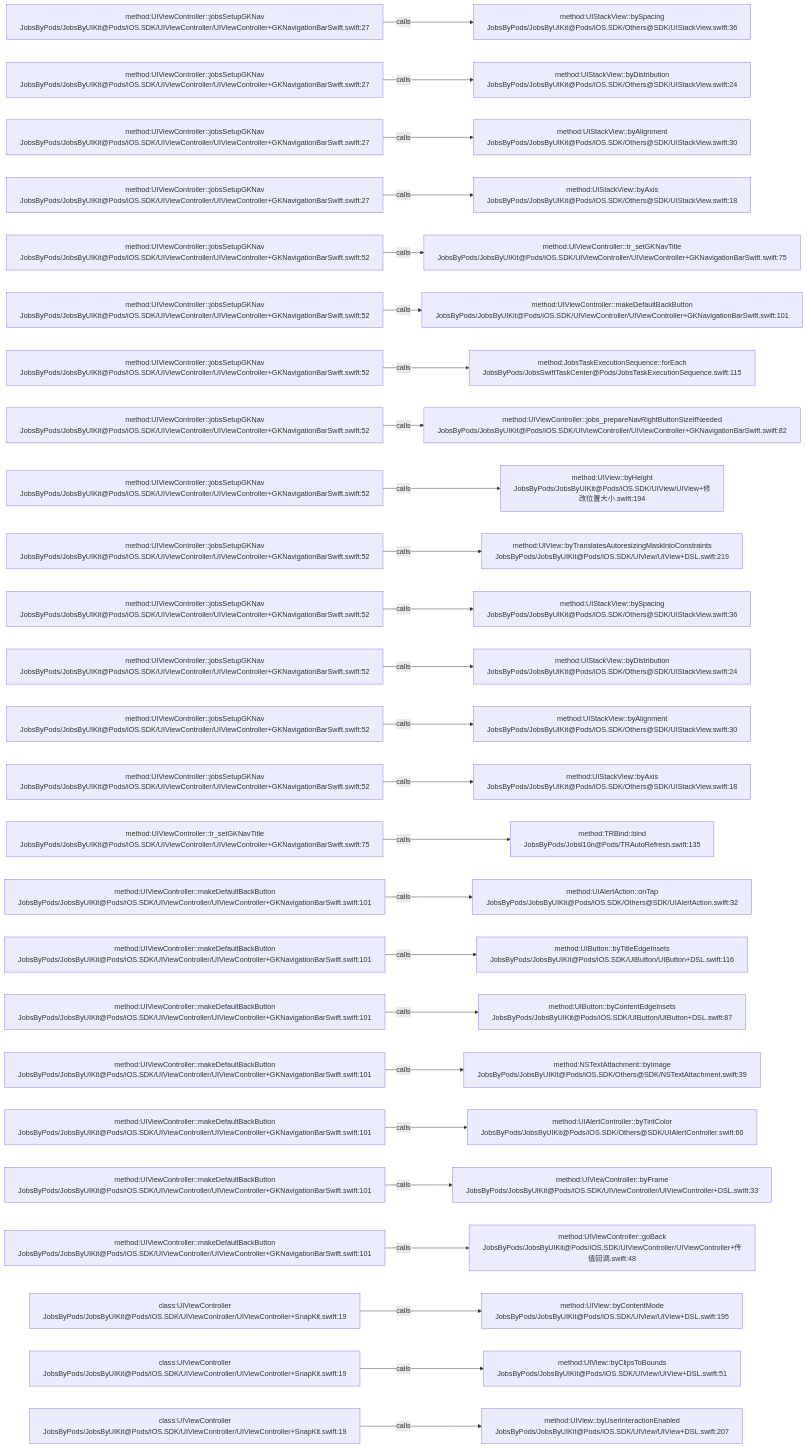
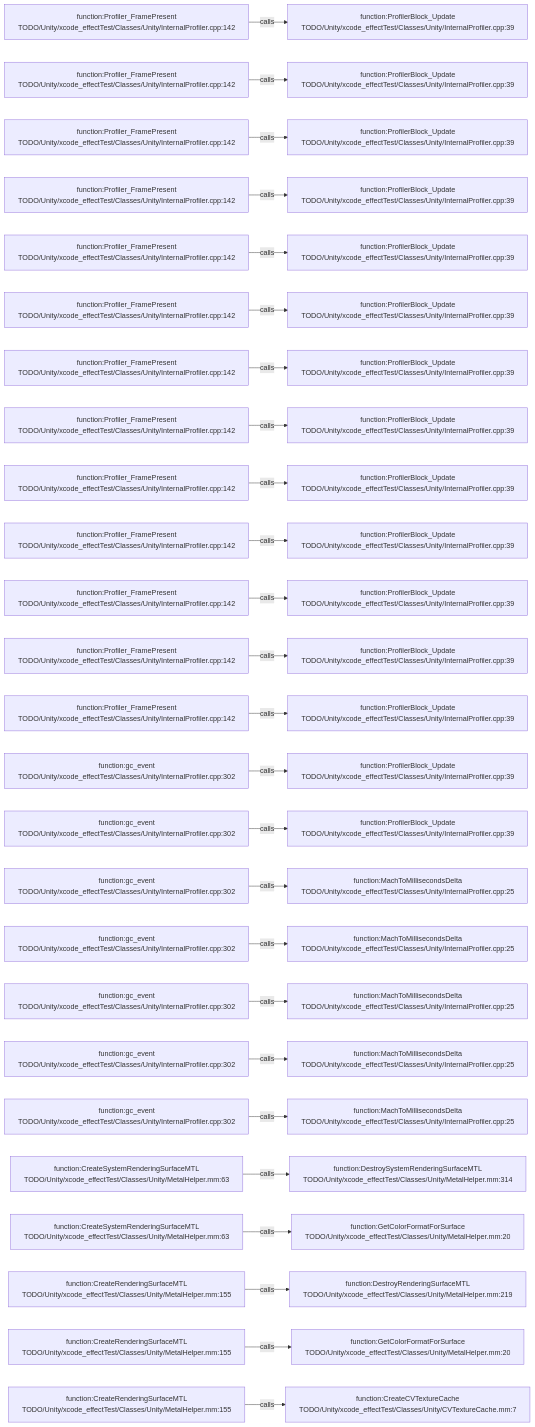
The diagram in .codegraph/codegraph.md/graphs/calls-108.md (JobsKits/JobsSwiftBaseConfigDemo), drawn with Mermaid before and after one commit. The commit also changed 569 other files, not shown here.

````diff
--- a/.codegraph/codegraph.md/graphs/calls-108.md
+++ b/.codegraph/codegraph.md/graphs/calls-108.md
@@ -13,78 +13,78 @@
 ```mermaid
 flowchart LR
-  S1["method:UIViewController::jobsSetupGKNav<br/>JobsByPods/JobsByUIKit@Pods/iOS.SDK/UIViewController/UIViewController+GKNavigationBarSwift.swift:27"]
-  T1["method:UIStackView::bySpacing<br/>JobsByPods/JobsByUIKit@Pods/iOS.SDK/Others@SDK/UIStackView.swift:36"]
+  S1["function:Profiler_FramePresent<br/>TODO/Unity/xcode_effectTest/Classes/Unity/InternalProfiler.cpp:142"]
+  T1["function:ProfilerBlock_Update<br/>TODO/Unity/xcode_effectTest/Classes/Unity/InternalProfiler.cpp:39"]
   S1 -->|calls| T1
-  S2["method:UIViewController::jobsSetupGKNav<br/>JobsByPods/JobsByUIKit@Pods/iOS.SDK/UIViewController/UIViewController+GKNavigationBarSwift.swift:27"]
-  T2["method:UIStackView::byDistribution<br/>JobsByPods/JobsByUIKit@Pods/iOS.SDK/Others@SDK/UIStackView.swift:24"]
+  S2["function:Profiler_FramePresent<br/>TODO/Unity/xcode_effectTest/Classes/Unity/InternalProfiler.cpp:142"]
+  T2["function:ProfilerBlock_Update<br/>TODO/Unity/xcode_effectTest/Classes/Unity/InternalProfiler.cpp:39"]
   S2 -->|calls| T2
-  S3["method:UIViewController::jobsSetupGKNav<br/>JobsByPods/JobsByUIKit@Pods/iOS.SDK/UIViewController/UIViewController+GKNavigationBarSwift.swift:27"]
-  T3["method:UIStackView::byAlignment<br/>JobsByPods/JobsByUIKit@Pods/iOS.SDK/Others@SDK/UIStackView.swift:30"]
+  S3["function:Profiler_FramePresent<br/>TODO/Unity/xcode_effectTest/Classes/Unity/InternalProfiler.cpp:142"]
+  T3["function:ProfilerBlock_Update<br/>TODO/Unity/xcode_effectTest/Classes/Unity/InternalProfiler.cpp:39"]
   S3 -->|calls| T3
-  S4["method:UIViewController::jobsSetupGKNav<br/>JobsByPods/JobsByUIKit@Pods/iOS.SDK/UIViewController/UIViewController+GKNavigationBarSwift.swift:27"]
-  T4["method:UIStackView::byAxis<br/>JobsByPods/JobsByUIKit@Pods/iOS.SDK/Others@SDK/UIStackView.swift:18"]
+  S4["function:Profiler_FramePresent<br/>TODO/Unity/xcode_effectTest/Classes/Unity/InternalProfiler.cpp:142"]
+  T4["function:ProfilerBlock_Update<br/>TODO/Unity/xcode_effectTest/Classes/Unity/InternalProfiler.cpp:39"]
   S4 -->|calls| T4
-  S5["method:UIViewController::jobsSetupGKNav<br/>JobsByPods/JobsByUIKit@Pods/iOS.SDK/UIViewController/UIViewController+GKNavigationBarSwift.swift:52"]
-  T5["method:UIViewController::tr_setGKNavTitle<br/>JobsByPods/JobsByUIKit@Pods/iOS.SDK/UIViewController/UIViewController+GKNavigationBarSwift.swift:75"]
+  S5["function:Profiler_FramePresent<br/>TODO/Unity/xcode_effectTest/Classes/Unity/InternalProfiler.cpp:142"]
+  T5["function:ProfilerBlock_Update<br/>TODO/Unity/xcode_effectTest/Classes/Unity/InternalProfiler.cpp:39"]
   S5 -->|calls| T5
-  S6["method:UIViewController::jobsSetupGKNav<br/>JobsByPods/JobsByUIKit@Pods/iOS.SDK/UIViewController/UIViewController+GKNavigationBarSwift.swift:52"]
-  T6["method:UIViewController::makeDefaultBackButton<br/>JobsByPods/JobsByUIKit@Pods/iOS.SDK/UIViewController/UIViewController+GKNavigationBarSwift.swift:101"]
+  S6["function:Profiler_FramePresent<br/>TODO/Unity/xcode_effectTest/Classes/Unity/InternalProfiler.cpp:142"]
+  T6["function:ProfilerBlock_Update<br/>TODO/Unity/xcode_effectTest/Classes/Unity/InternalProfiler.cpp:39"]
   S6 -->|calls| T6
-  S7["method:UIViewController::jobsSetupGKNav<br/>JobsByPods/JobsByUIKit@Pods/iOS.SDK/UIViewController/UIViewController+GKNavigationBarSwift.swift:52"]
-  T7["method:JobsTaskExecutionSequence::forEach<br/>JobsByPods/JobsSwiftTaskCenter@Pods/JobsTaskExecutionSequence.swift:115"]
+  S7["function:Profiler_FramePresent<br/>TODO/Unity/xcode_effectTest/Classes/Unity/InternalProfiler.cpp:142"]
+  T7["function:ProfilerBlock_Update<br/>TODO/Unity/xcode_effectTest/Classes/Unity/InternalProfiler.cpp:39"]
   S7 -->|calls| T7
-  S8["method:UIViewController::jobsSetupGKNav<br/>JobsByPods/JobsByUIKit@Pods/iOS.SDK/UIViewController/UIViewController+GKNavigationBarSwift.swift:52"]
-  T8["method:UIViewController::jobs_prepareNavRightButtonSizeIfNeeded<br/>JobsByPods/JobsByUIKit@Pods/iOS.SDK/UIViewController/UIViewController+GKNavigationBarSwift.swift:82"]
+  S8["function:Profiler_FramePresent<br/>TODO/Unity/xcode_effectTest/Classes/Unity/InternalProfiler.cpp:142"]
+  T8["function:ProfilerBlock_Update<br/>TODO/Unity/xcode_effectTest/Classes/Unity/InternalProfiler.cpp:39"]
   S8 -->|calls| T8
-  S9["method:UIViewController::jobsSetupGKNav<br/>JobsByPods/JobsByUIKit@Pods/iOS.SDK/UIViewController/UIViewController+GKNavigationBarSwift.swift:52"]
-  T9["method:UIView::byHeight<br/>JobsByPods/JobsByUIKit@Pods/iOS.SDK/UIView/UIView+修改位置大小.swift:194"]
+  S9["function:Profiler_FramePresent<br/>TODO/Unity/xcode_effectTest/Classes/Unity/InternalProfiler.cpp:142"]
+  T9["function:ProfilerBlock_Update<br/>TODO/Unity/xcode_effectTest/Classes/Unity/InternalProfiler.cpp:39"]
   S9 -->|calls| T9
-  S10["method:UIViewController::jobsSetupGKNav<br/>JobsByPods/JobsByUIKit@Pods/iOS.SDK/UIViewController/UIViewController+GKNavigationBarSwift.swift:52"]
-  T10["method:UIView::byTranslatesAutoresizingMaskIntoConstraints<br/>JobsByPods/JobsByUIKit@Pods/iOS.SDK/UIView/UIView+DSL.swift:219"]
+  S10["function:Profiler_FramePresent<br/>TODO/Unity/xcode_effectTest/Classes/Unity/InternalProfiler.cpp:142"]
+  T10["function:ProfilerBlock_Update<br/>TODO/Unity/xcode_effectTest/Classes/Unity/InternalProfiler.cpp:39"]
   S10 -->|calls| T10
-  S11["method:UIViewController::jobsSetupGKNav<br/>JobsByPods/JobsByUIKit@Pods/iOS.SDK/UIViewController/UIViewController+GKNavigationBarSwift.swift:52"]
-  T11["method:UIStackView::bySpacing<br/>JobsByPods/JobsByUIKit@Pods/iOS.SDK/Others@SDK/UIStackView.swift:36"]
+  S11["function:Profiler_FramePresent<br/>TODO/Unity/xcode_effectTest/Classes/Unity/InternalProfiler.cpp:142"]
+  T11["function:ProfilerBlock_Update<br/>TODO/Unity/xcode_effectTest/Classes/Unity/InternalProfiler.cpp:39"]
   S11 -->|calls| T11
-  S12["method:UIViewController::jobsSetupGKNav<br/>JobsByPods/JobsByUIKit@Pods/iOS.SDK/UIViewController/UIViewController+GKNavigationBarSwift.swift:52"]
-  T12["method:UIStackView::byDistribution<br/>JobsByPods/JobsByUIKit@Pods/iOS.SDK/Others@SDK/UIStackView.swift:24"]
+  S12["function:Profiler_FramePresent<br/>TODO/Unity/xcode_effectTest/Classes/Unity/InternalProfiler.cpp:142"]
+  T12["function:ProfilerBlock_Update<br/>TODO/Unity/xcode_effectTest/Classes/Unity/InternalProfiler.cpp:39"]
   S12 -->|calls| T12
-  S13["method:UIViewController::jobsSetupGKNav<br/>JobsByPods/JobsByUIKit@Pods/iOS.SDK/UIViewController/UIViewController+GKNavigationBarSwift.swift:52"]
-  T13["method:UIStackView::byAlignment<br/>JobsByPods/JobsByUIKit@Pods/iOS.SDK/Others@SDK/UIStackView.swift:30"]
+  S13["function:Profiler_FramePresent<br/>TODO/Unity/xcode_effectTest/Classes/Unity/InternalProfiler.cpp:142"]
+  T13["function:ProfilerBlock_Update<br/>TODO/Unity/xcode_effectTest/Classes/Unity/InternalProfiler.cpp:39"]
   S13 -->|calls| T13
-  S14["method:UIViewController::jobsSetupGKNav<br/>JobsByPods/JobsByUIKit@Pods/iOS.SDK/UIViewController/UIViewController+GKNavigationBarSwift.swift:52"]
-  T14["method:UIStackView::byAxis<br/>JobsByPods/JobsByUIKit@Pods/iOS.SDK/Others@SDK/UIStackView.swift:18"]
+  S14["function:gc_event<br/>TODO/Unity/xcode_effectTest/Classes/Unity/InternalProfiler.cpp:302"]
+  T14["function:ProfilerBlock_Update<br/>TODO/Unity/xcode_effectTest/Classes/Unity/InternalProfiler.cpp:39"]
   S14 -->|calls| T14
-  S15["method:UIViewController::tr_setGKNavTitle<br/>JobsByPods/JobsByUIKit@Pods/iOS.SDK/UIViewController/UIViewController+GKNavigationBarSwift.swift:75"]
-  T15["method:TRBind::bind<br/>JobsByPods/Jobsl10n@Pods/TRAutoRefresh.swift:135"]
+  S15["function:gc_event<br/>TODO/Unity/xcode_effectTest/Classes/Unity/InternalProfiler.cpp:302"]
+  T15["function:ProfilerBlock_Update<br/>TODO/Unity/xcode_effectTest/Classes/Unity/InternalProfiler.cpp:39"]
   S15 -->|calls| T15
-  S16["method:UIViewController::makeDefaultBackButton<br/>JobsByPods/JobsByUIKit@Pods/iOS.SDK/UIViewController/UIViewController+GKNavigationBarSwift.swift:101"]
-  T16["method:UIAlertAction::onTap<br/>JobsByPods/JobsByUIKit@Pods/iOS.SDK/Others@SDK/UIAlertAction.swift:32"]
+  S16["function:gc_event<br/>TODO/Unity/xcode_effectTest/Classes/Unity/InternalProfiler.cpp:302"]
+  T16["function:MachToMillisecondsDelta<br/>TODO/Unity/xcode_effectTest/Classes/Unity/InternalProfiler.cpp:25"]
   S16 -->|calls| T16
-  S17["method:UIViewController::makeDefaultBackButton<br/>JobsByPods/JobsByUIKit@Pods/iOS.SDK/UIViewController/UIViewController+GKNavigationBarSwift.swift:101"]
-  T17["method:UIButton::byTitleEdgeInsets<br/>JobsByPods/JobsByUIKit@Pods/iOS.SDK/UIButton/UIButton+DSL.swift:116"]
+  S17["function:gc_event<br/>TODO/Unity/xcode_effectTest/Classes/Unity/InternalProfiler.cpp:302"]
+  T17["function:MachToMillisecondsDelta<br/>TODO/Unity/xcode_effectTest/Classes/Unity/InternalProfiler.cpp:25"]
   S17 -->|calls| T17
-  S18["method:UIViewController::makeDefaultBackButton<br/>JobsByPods/JobsByUIKit@Pods/iOS.SDK/UIViewController/UIViewController+GKNavigationBarSwift.swift:101"]
-  T18["method:UIButton::byContentEdgeInsets<br/>JobsByPods/JobsByUIKit@Pods/iOS.SDK/UIButton/UIButton+DSL.swift:87"]
+  S18["function:gc_event<br/>TODO/Unity/xcode_effectTest/Classes/Unity/InternalProfiler.cpp:302"]
+  T18["function:MachToMillisecondsDelta<br/>TODO/Unity/xcode_effectTest/Classes/Unity/InternalProfiler.cpp:25"]
   S18 -->|calls| T18
-  S19["method:UIViewController::makeDefaultBackButton<br/>JobsByPods/JobsByUIKit@Pods/iOS.SDK/UIViewController/UIViewController+GKNavigationBarSwift.swift:101"]
-  T19["method:NSTextAttachment::byImage<br/>JobsByPods/JobsByUIKit@Pods/iOS.SDK/Others@SDK/NSTextAttachment.swift:39"]
+  S19["function:gc_event<br/>TODO/Unity/xcode_effectTest/Classes/Unity/InternalProfiler.cpp:302"]
+  T19["function:MachToMillisecondsDelta<br/>TODO/Unity/xcode_effectTest/Classes/Unity/InternalProfiler.cpp:25"]
   S19 -->|calls| T19
-  S20["method:UIViewController::makeDefaultBackButton<br/>JobsByPods/JobsByUIKit@Pods/iOS.SDK/UIViewController/UIViewController+GKNavigationBarSwift.swift:101"]
-  T20["method:UIAlertController::byTintColor<br/>JobsByPods/JobsByUIKit@Pods/iOS.SDK/Others@SDK/UIAlertController.swift:60"]
+  S20["function:gc_event<br/>TODO/Unity/xcode_effectTest/Classes/Unity/InternalProfiler.cpp:302"]
+  T20["function:MachToMillisecondsDelta<br/>TODO/Unity/xcode_effectTest/Classes/Unity/InternalProfiler.cpp:25"]
   S20 -->|calls| T20
-  S21["method:UIViewController::makeDefaultBackButton<br/>JobsByPods/JobsByUIKit@Pods/iOS.SDK/UIViewController/UIViewController+GKNavigationBarSwift.swift:101"]
-  T21["method:UIViewController::byFrame<br/>JobsByPods/JobsByUIKit@Pods/iOS.SDK/UIViewController/UIViewController+DSL.swift:33"]
+  S21["function:CreateSystemRenderingSurfaceMTL<br/>TODO/Unity/xcode_effectTest/Classes/Unity/MetalHelper.mm:63"]
+  T21["function:DestroySystemRenderingSurfaceMTL<br/>TODO/Unity/xcode_effectTest/Classes/Unity/MetalHelper.mm:314"]
   S21 -->|calls| T21
-  S22["method:UIViewController::makeDefaultBackButton<br/>JobsByPods/JobsByUIKit@Pods/iOS.SDK/UIViewController/UIViewController+GKNavigationBarSwift.swift:101"]
-  T22["method:UIViewController::goBack<br/>JobsByPods/JobsByUIKit@Pods/iOS.SDK/UIViewController/UIViewController+传值回调.swift:48"]
+  S22["function:CreateSystemRenderingSurfaceMTL<br/>TODO/Unity/xcode_effectTest/Classes/Unity/MetalHelper.mm:63"]
+  T22["function:GetColorFormatForSurface<br/>TODO/Unity/xcode_effectTest/Classes/Unity/MetalHelper.mm:20"]
   S22 -->|calls| T22
-  S23["class:UIViewController<br/>JobsByPods/JobsByUIKit@Pods/iOS.SDK/UIViewController/UIViewController+SnapKit.swift:19"]
-  T23["method:UIView::byContentMode<br/>JobsByPods/JobsByUIKit@Pods/iOS.SDK/UIView/UIView+DSL.swift:195"]
+  S23["function:CreateRenderingSurfaceMTL<br/>TODO/Unity/xcode_effectTest/Classes/Unity/MetalHelper.mm:155"]
+  T23["function:DestroyRenderingSurfaceMTL<br/>TODO/Unity/xcode_effectTest/Classes/Unity/MetalHelper.mm:219"]
   S23 -->|calls| T23
-  S24["class:UIViewController<br/>JobsByPods/JobsByUIKit@Pods/iOS.SDK/UIViewController/UIViewController+SnapKit.swift:19"]
-  T24["method:UIView::byClipsToBounds<br/>JobsByPods/JobsByUIKit@Pods/iOS.SDK/UIView/UIView+DSL.swift:51"]
+  S24["function:CreateRenderingSurfaceMTL<br/>TODO/Unity/xcode_effectTest/Classes/Unity/MetalHelper.mm:155"]
+  T24["function:GetColorFormatForSurface<br/>TODO/Unity/xcode_effectTest/Classes/Unity/MetalHelper.mm:20"]
   S24 -->|calls| T24
-  S25["class:UIViewController<br/>JobsByPods/JobsByUIKit@Pods/iOS.SDK/UIViewController/UIViewController+SnapKit.swift:19"]
-  T25["method:UIView::byUserInteractionEnabled<br/>JobsByPods/JobsByUIKit@Pods/iOS.SDK/UIView/UIView+DSL.swift:207"]
+  S25["function:CreateRenderingSurfaceMTL<br/>TODO/Unity/xcode_effectTest/Classes/Unity/MetalHelper.mm:155"]
+  T25["function:CreateCVTextureCache<br/>TODO/Unity/xcode_effectTest/Classes/Unity/CVTextureCache.mm:7"]
   S25 -->|calls| T25
 ```
````
